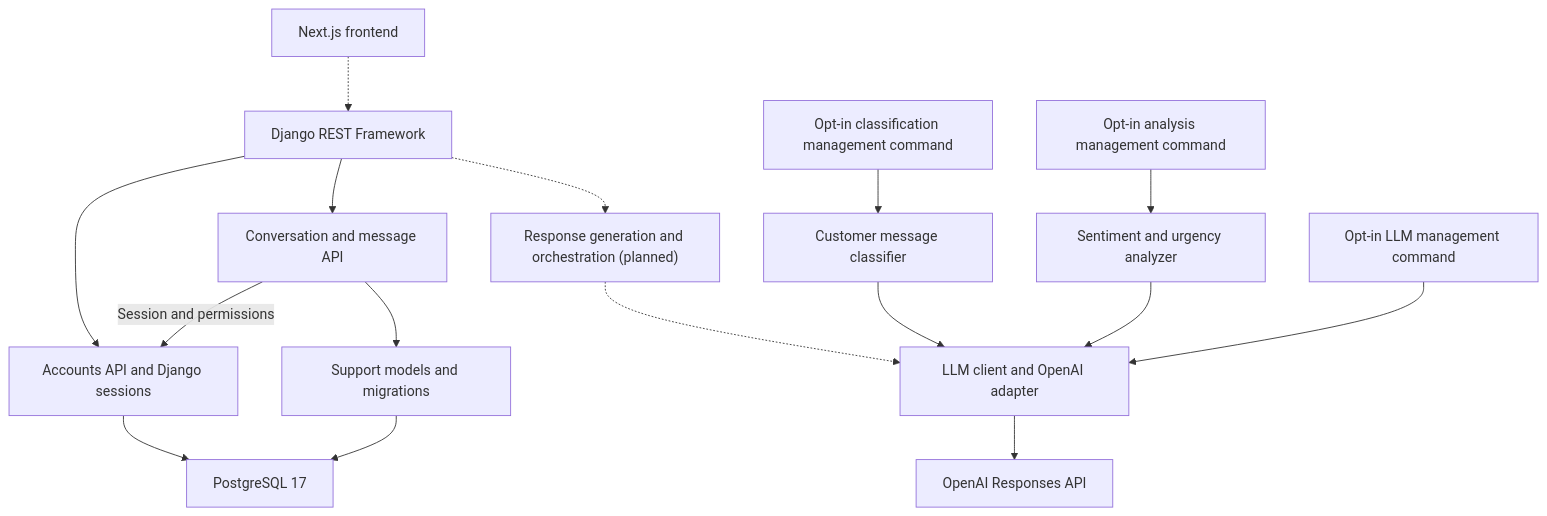
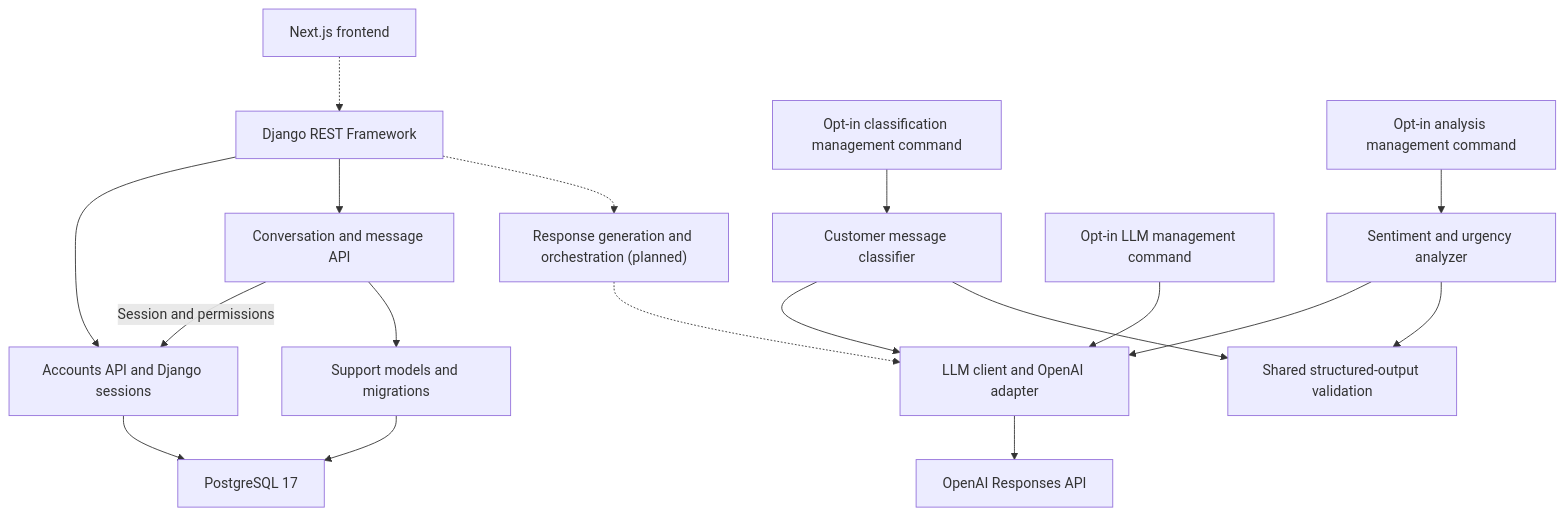
The diagram in docs/architecture/overview.md (isazadesabuhi/ai-customer-support), drawn with Mermaid before and after one commit. The commit also changed other lines of this file and 23 other files, not shown here.

Commit message:
refactor(ai): centralize structured output validation and preserve service contracts

````diff
--- a/docs/architecture/overview.md
+++ b/docs/architecture/overview.md
@@ -7,32 +7,35 @@
 ```mermaid
 flowchart TD
     Frontend["Next.js frontend"]
     Backend["Django REST Framework"]
     Accounts["Accounts API and Django sessions"]
     API["Conversation and message API"]
     Support["Support models and migrations"]
     Database["PostgreSQL 17"]
     AI["Response generation and orchestration (planned)"]
     Classifier["Customer message classifier"]
     Classify["Opt-in classification management command"]
     Analyzer["Sentiment and urgency analyzer"]
     Analyze["Opt-in analysis management command"]
+    Validation["Shared structured-output validation"]
     LLM["LLM client and OpenAI adapter"]
     Check["Opt-in LLM management command"]
     Provider["OpenAI Responses API"]
     Frontend -.-> Backend
     Backend --> Accounts
     Backend --> API
     API -->|"Session and permissions"| Accounts
     Accounts --> Database
     API --> Support
     Support --> Database
     Backend -.-> AI
     AI -.-> LLM
     Classify --> Classifier
     Classifier --> LLM
+    Classifier --> Validation
     Analyze --> Analyzer
     Analyzer --> LLM
+    Analyzer --> Validation
     Check --> LLM
     LLM --> Provider
 ```
````
